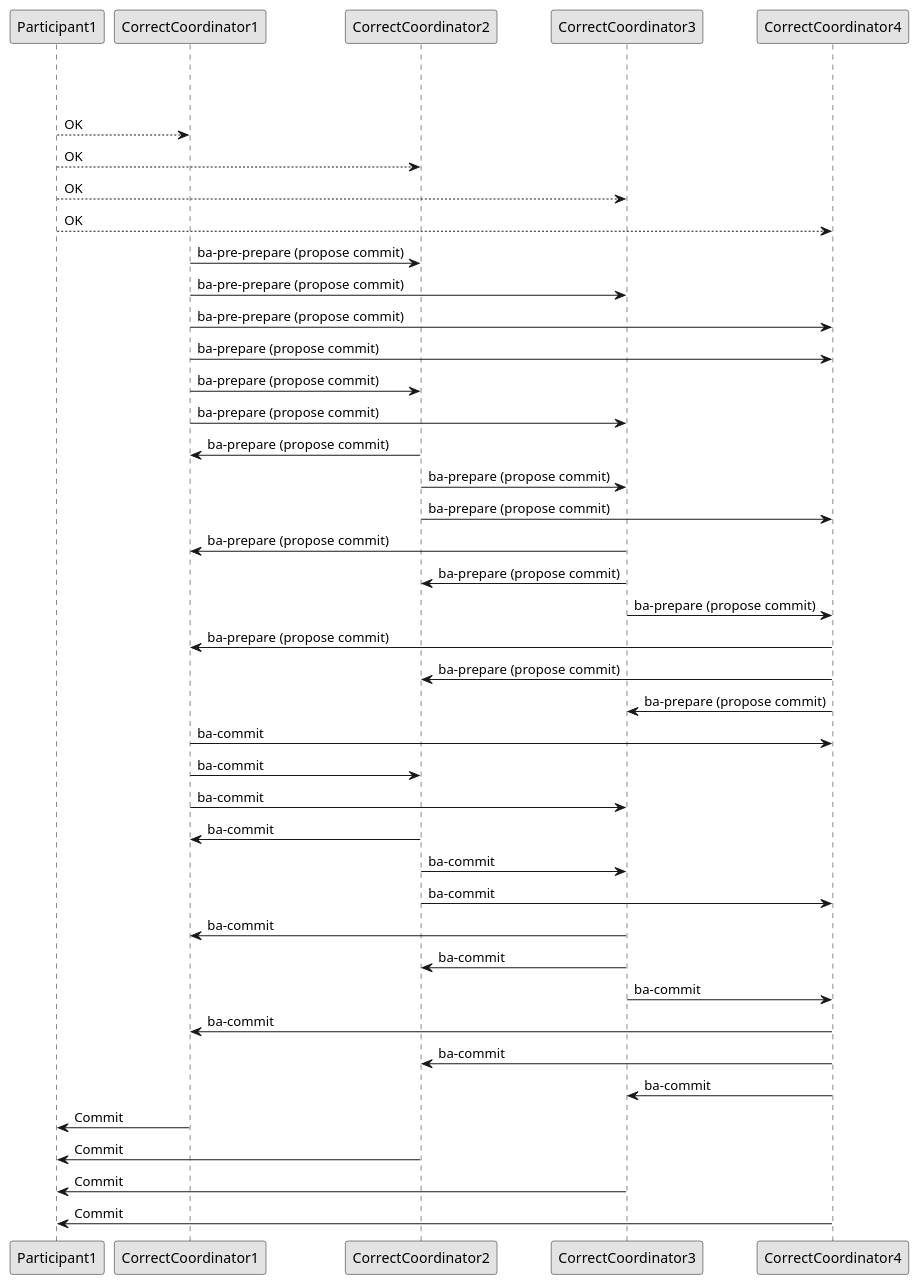
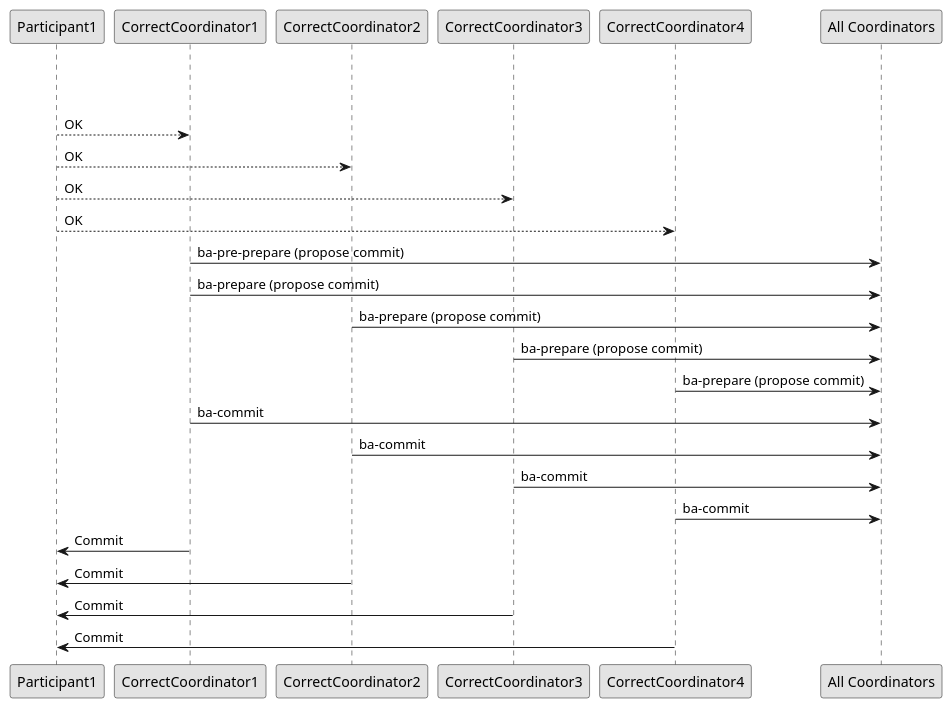
Before and after one commit to rellermeyer/TUD-DistributedSystems: the diagram in docs/diagrams/bftdcp.puml, drawn with PlantUML.

Commit message:
Plantuml part of dftdcp

```diff
--- a/docs/diagrams/bftdcp.puml
+++ b/docs/diagrams/bftdcp.puml
@@ -1,102 +1,112 @@
 @startuml
 
 skinparam monochrome true
 
 ' Initator -> Coordinator1
 ' Initator -> Coordinator2
 ' Initator -> Coordinator3
 
 
 ' Coordinator1 -> Participant1 : 1 Prepare transaction 2
 ' Coordinator2 -> Participant1 : 1 Prepare transaction 2
 ' Coordinator3 -> Participant1 : 1 Prepare transaction 2
 ' Coordinator1 -> Participant2 : 1 Prepare transaction 2
 ' Coordinator2 -> Participant2 : 1 Prepare transaction 2
 ' Coordinator3 -> Participant2 : 1 Prepare transaction 2
 
 ' Participant1 -> Coordinator1 : 2 OK
 ' Participant1 -> Coordinator2 : 2 OK
 ' Participant1 -> Coordinator3 : 2 OK
 ' Participant2 -> Coordinator1 : 2 OK
 ' Participant2 -> Coordinator2 : 2 OK
 ' Participant2 -> Coordinator3 : 2 OK
 
 
 ' Coordinator -> Participant1 : 3 Commit
 ' Coordinator -> Participant2 : 3 Commit
 
 
 
 
 
 Participant1 -[hidden]> CorrectCoordinator1
 Participant1 -[hidden]> CorrectCoordinator2
 Participant1 -[hidden]> CorrectCoordinator3
 Participant1 -[hidden]> CorrectCoordinator4
 
 CorrectCoordinator1 <-- Participant1 : OK 
 CorrectCoordinator2 <-- Participant1 : OK 
 CorrectCoordinator3 <-- Participant1 : OK
 CorrectCoordinator4  <-- Participant1 : OK 
 
 
 'CorrectCoordinator1 -> Participant1 : Commit 
 'CorrectCoordinator2 -> Participant1 : Commit
 'CorrectCoordinator3 -> Participant1 : Commit
 'FaultyCoordinator1  -> Participant1 : <b> Abort
 
-CorrectCoordinator1 -> CorrectCoordinator2 : ba-pre-prepare (propose commit)
-CorrectCoordinator1 -> CorrectCoordinator3 : ba-pre-prepare (propose commit)
-CorrectCoordinator1 -> CorrectCoordinator4  : ba-pre-prepare (propose commit)
-
-CorrectCoordinator1 -> CorrectCoordinator4 : ba-prepare (propose commit)
-CorrectCoordinator1 -> CorrectCoordinator2 : ba-prepare (propose commit)
-CorrectCoordinator1 -> CorrectCoordinator3 : ba-prepare (propose commit)
-
-CorrectCoordinator2 -> CorrectCoordinator1 : ba-prepare (propose commit)
-CorrectCoordinator2 -> CorrectCoordinator3 : ba-prepare (propose commit)
-CorrectCoordinator2 -> CorrectCoordinator4 : ba-prepare (propose commit)
-
-CorrectCoordinator3 -> CorrectCoordinator1 : ba-prepare (propose commit)
-CorrectCoordinator3 -> CorrectCoordinator2 : ba-prepare (propose commit)
-CorrectCoordinator3 -> CorrectCoordinator4 : ba-prepare (propose commit)
-
-CorrectCoordinator4 -> CorrectCoordinator1 : ba-prepare (propose commit)
-CorrectCoordinator4 -> CorrectCoordinator2 : ba-prepare (propose commit)
-CorrectCoordinator4 -> CorrectCoordinator3 : ba-prepare (propose commit)
 
 
-CorrectCoordinator1 -> CorrectCoordinator4 : ba-commit
-CorrectCoordinator1 -> CorrectCoordinator2 : ba-commit
-CorrectCoordinator1 -> CorrectCoordinator3 : ba-commit
+CorrectCoordinator1 -> "All Coordinators" : ba-pre-prepare (propose commit)
+' CorrectCoordinator1 -> CorrectCoordinator2 : ba-pre-prepare (propose commit)
+' CorrectCoordinator1 -> CorrectCoordinator3 : ba-pre-prepare (propose commit)
+' CorrectCoordinator1 -> CorrectCoordinator4  : ba-pre-prepare (propose commit)
 
-CorrectCoordinator2 -> CorrectCoordinator1 : ba-commit
-CorrectCoordinator2 -> CorrectCoordinator3 : ba-commit
-CorrectCoordinator2 -> CorrectCoordinator4 : ba-commit
+CorrectCoordinator1 -> "All Coordinators" : ba-prepare (propose commit)
+' CorrectCoordinator1 -> CorrectCoordinator4 : ba-prepare (propose commit)
+' CorrectCoordinator1 -> CorrectCoordinator2 : ba-prepare (propose commit)
+' CorrectCoordinator1 -> CorrectCoordinator3 : ba-prepare (propose commit)
 
-CorrectCoordinator3 -> CorrectCoordinator1 : ba-commit
-CorrectCoordinator3 -> CorrectCoordinator2 : ba-commit
-CorrectCoordinator3 -> CorrectCoordinator4 : ba-commit
+CorrectCoordinator2 -> "All Coordinators" : ba-prepare (propose commit)
+' CorrectCoordinator2 -> CorrectCoordinator1 : ba-prepare (propose commit)
+' CorrectCoordinator2 -> CorrectCoordinator3 : ba-prepare (propose commit)
+' CorrectCoordinator2 -> CorrectCoordinator4 : ba-prepare (propose commit)
 
-CorrectCoordinator4 -> CorrectCoordinator1 : ba-commit
-CorrectCoordinator4 -> CorrectCoordinator2 : ba-commit
-CorrectCoordinator4 -> CorrectCoordinator3 : ba-commit
+CorrectCoordinator3 -> "All Coordinators" : ba-prepare (propose commit)
+' CorrectCoordinator3 -> CorrectCoordinator1 : ba-prepare (propose commit)
+' CorrectCoordinator3 -> CorrectCoordinator2 : ba-prepare (propose commit)
+' CorrectCoordinator3 -> CorrectCoordinator4 : ba-prepare (propose commit)
+
+CorrectCoordinator4 -> "All Coordinators" : ba-prepare (propose commit)
+' CorrectCoordinator4 -> CorrectCoordinator1 : ba-prepare (propose commit)
+' CorrectCoordinator4 -> CorrectCoordinator2 : ba-prepare (propose commit)
+' CorrectCoordinator4 -> CorrectCoordinator3 : ba-prepare (propose commit)
+
+CorrectCoordinator1 -> "All Coordinators" : ba-commit
+' CorrectCoordinator1 -> CorrectCoordinator4 : ba-commit
+' CorrectCoordinator1 -> CorrectCoordinator2 : ba-commit
+' CorrectCoordinator1 -> CorrectCoordinator3 : ba-commit
+
+CorrectCoordinator2 -> "All Coordinators" : ba-commit
+' CorrectCoordinator2 -> CorrectCoordinator1 : ba-commit
+' CorrectCoordinator2 -> CorrectCoordinator3 : ba-commit
+' CorrectCoordinator2 -> CorrectCoordinator4 : ba-commit
+
+CorrectCoordinator3 -> "All Coordinators" : ba-commit
+' CorrectCoordinator3 -> CorrectCoordinator1 : ba-commit
+' CorrectCoordinator3 -> CorrectCoordinator2 : ba-commit
+' CorrectCoordinator3 -> CorrectCoordinator4 : ba-commit
+
+CorrectCoordinator4 -> "All Coordinators" : ba-commit
+' CorrectCoordinator4 -> CorrectCoordinator1 : ba-commit
+' CorrectCoordinator4 -> CorrectCoordinator2 : ba-commit
+' CorrectCoordinator4 -> CorrectCoordinator3 : ba-commit
 
 CorrectCoordinator1 -> Participant1 : Commit
 CorrectCoordinator2 -> Participant1 : Commit
 CorrectCoordinator3 -> Participant1 : Commit
 CorrectCoordinator4 -> Participant1 : Commit
 
 
 
 'Participant1 --> CorrectCoordinator1 : Commited
 'Participant1 --> CorrectCoordinator2 : Commited
 'Participant1 --> CorrectCoordinator3 : Commited
 'Participant1 --> FaultyCoordinator1  : Commited
 
 
 
 
 
 
 @enduml
```
